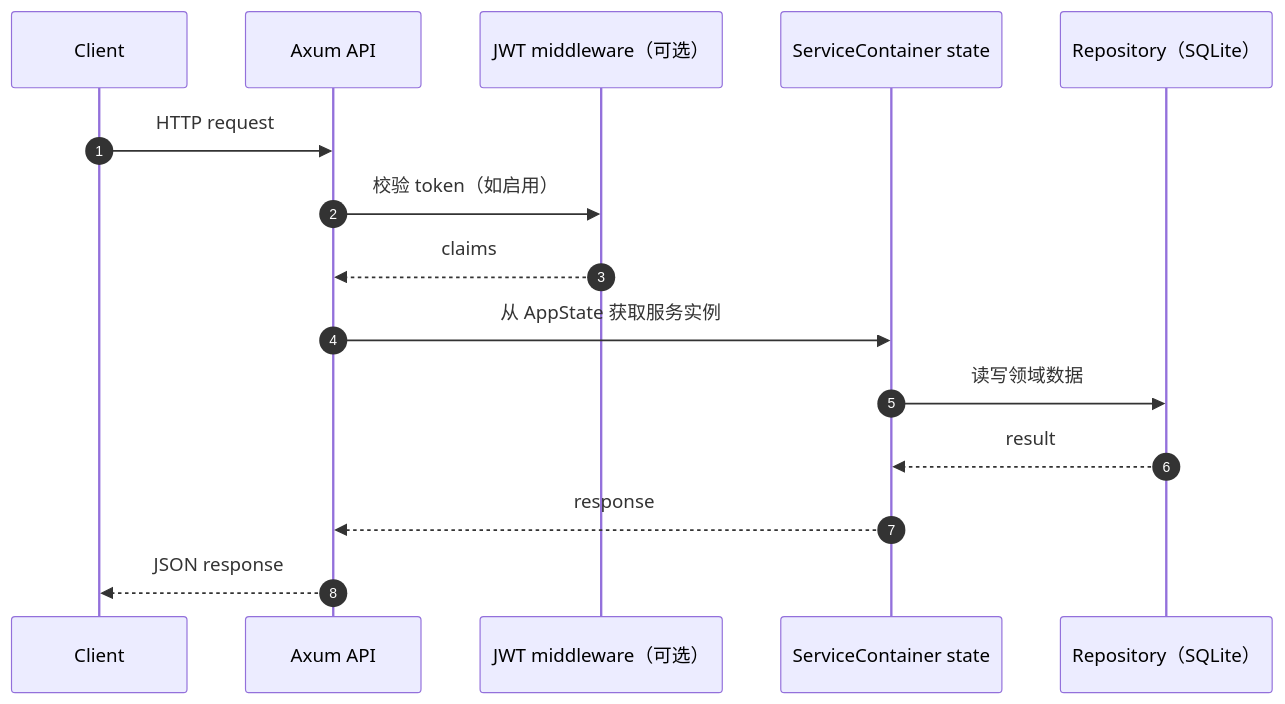
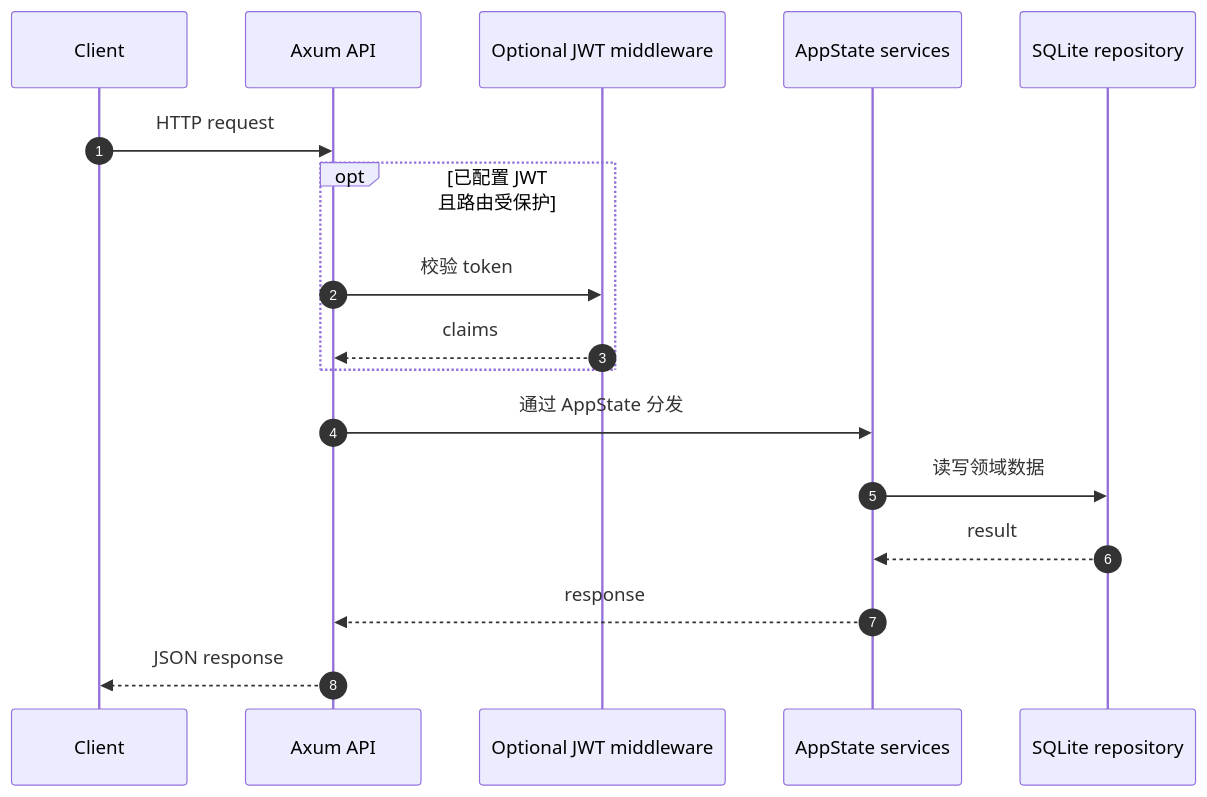
Before and after one commit to hua0512/rust-srec: the third of 3 diagrams in rust-srec/docs/zh/concepts/architecture.md, drawn with Mermaid. The commit also changed other lines of this file and 1 other file, not shown here.

Commit message:
docs: correct architecture topology

````diff
--- a/rust-srec/docs/zh/concepts/architecture.md
+++ b/rust-srec/docs/zh/concepts/architecture.md
@@ -223,18 +261,20 @@
 ```mermaid
 sequenceDiagram
   autonumber
   participant C as Client
   participant A as Axum API
-  participant J as JWT middleware（可选）
-  participant S as ServiceContainer state
-  participant R as Repository（SQLite）
+  participant J as Optional JWT middleware
+  participant S as AppState services
+  participant R as SQLite repository
 
   C->>A: HTTP request
-  A->>J: 校验 token（如启用）
-  J-->>A: claims
-  A->>S: 从 AppState 获取服务实例
+  opt 已配置 JWT 且路由受保护
+    A->>J: 校验 token
+    J-->>A: claims
+  end
+  A->>S: 通过 AppState 分发
   S->>R: 读写领域数据
   R-->>S: result
   S-->>A: response
   A-->>C: JSON response
 ```
````
